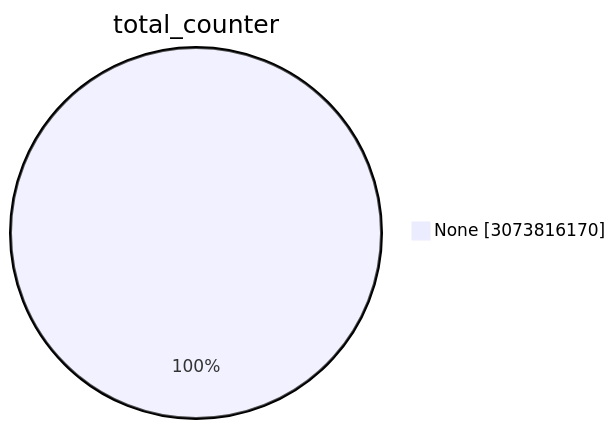
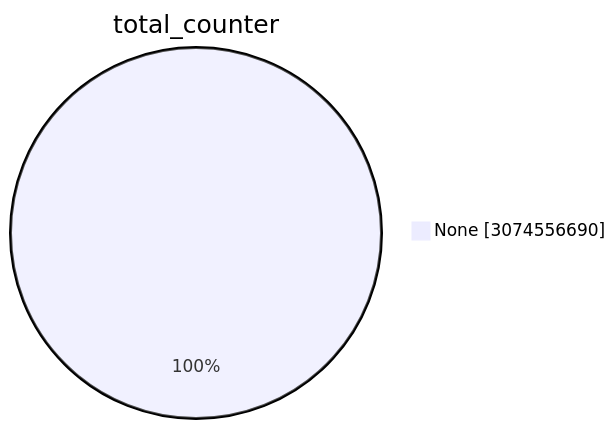
The first of 15 diagrams in TOTAL/README.md (christiankrug/ctmonitor_visualization), drawn with Mermaid before and after one commit. The commit also changed other lines of this file, not shown here.

````diff
--- a/TOTAL/README.md
+++ b/TOTAL/README.md
@@ -1,5 +1,5 @@
 ```mermaid
 pie showData
 title total_counter
-"None" :3073816170
+"None" :3074556690
 ```
````
